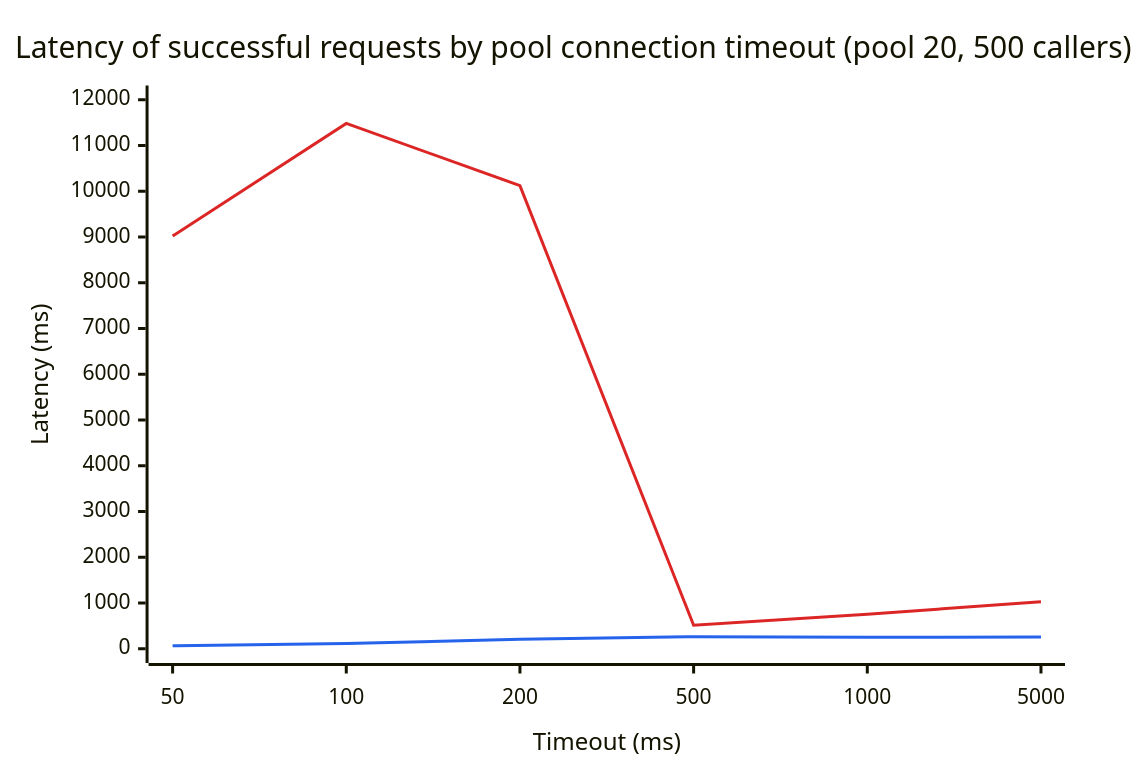
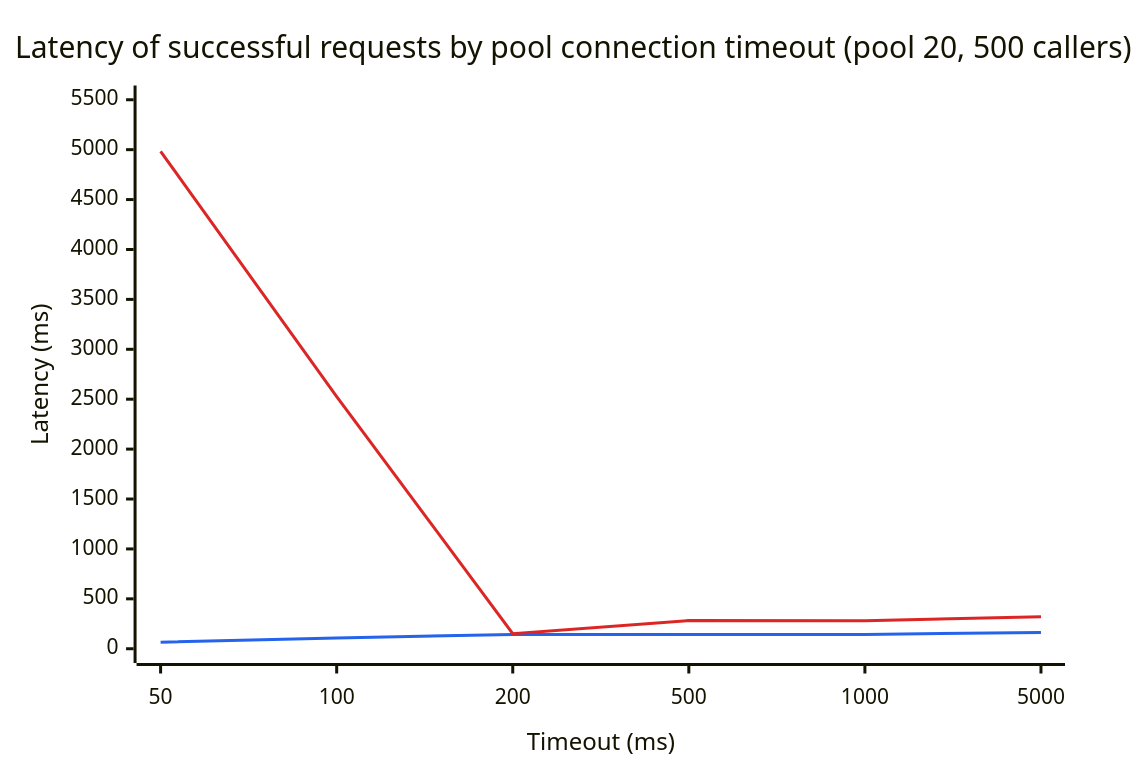
Before and after one commit to aisrael/hsm-signing-service: the eighth of 9 diagrams in docs/benchmarks.md, drawn with Mermaid. The commit also changed other lines of this file and 1 other file, not shown here.

````diff
--- a/docs/benchmarks.md
+++ b/docs/benchmarks.md
@@ -210,9 +211,9 @@
 ```mermaid
 %%{init: {"themeVariables": {"xyChart": {"plotColorPalette": "#2563eb,#dc2626"}}}}%%
 xychart-beta
     title "Latency of successful requests by pool connection timeout (pool 20, 500 callers)"
     x-axis "Timeout (ms)" ["50", "100", "200", "500", "1000", "5000"]
-    y-axis "Latency (ms)" 0 --> 12000
-    line [66.02, 112.75, 209.17, 263.18, 250.35, 256.21]
-    line [9020.31, 11482.82, 10123.28, 513.06, 754.43, 1026.19]
+    y-axis "Latency (ms)" 0 --> 5500
+    line [64.86, 108.60, 142.62, 143.73, 143.10, 163.47]
+    line [4983.35, 2526.81, 150.52, 282.23, 281.22, 320.17]
 ```
````
